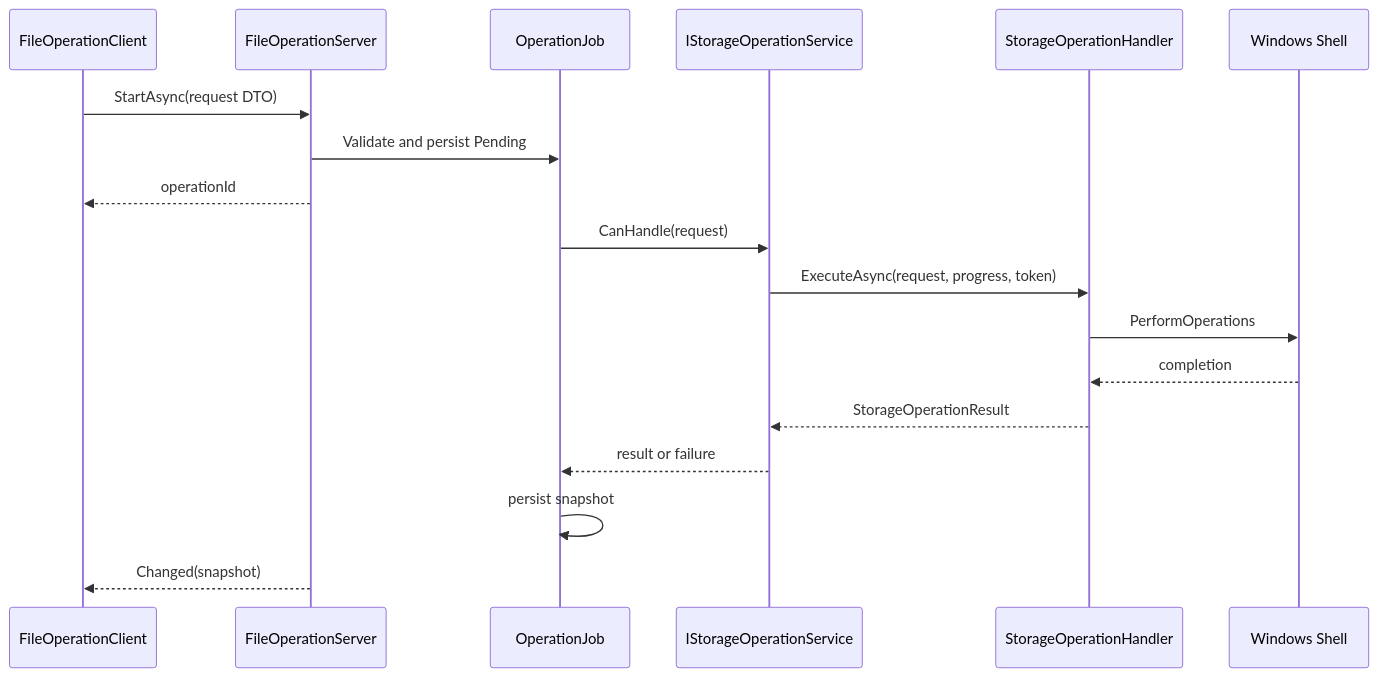
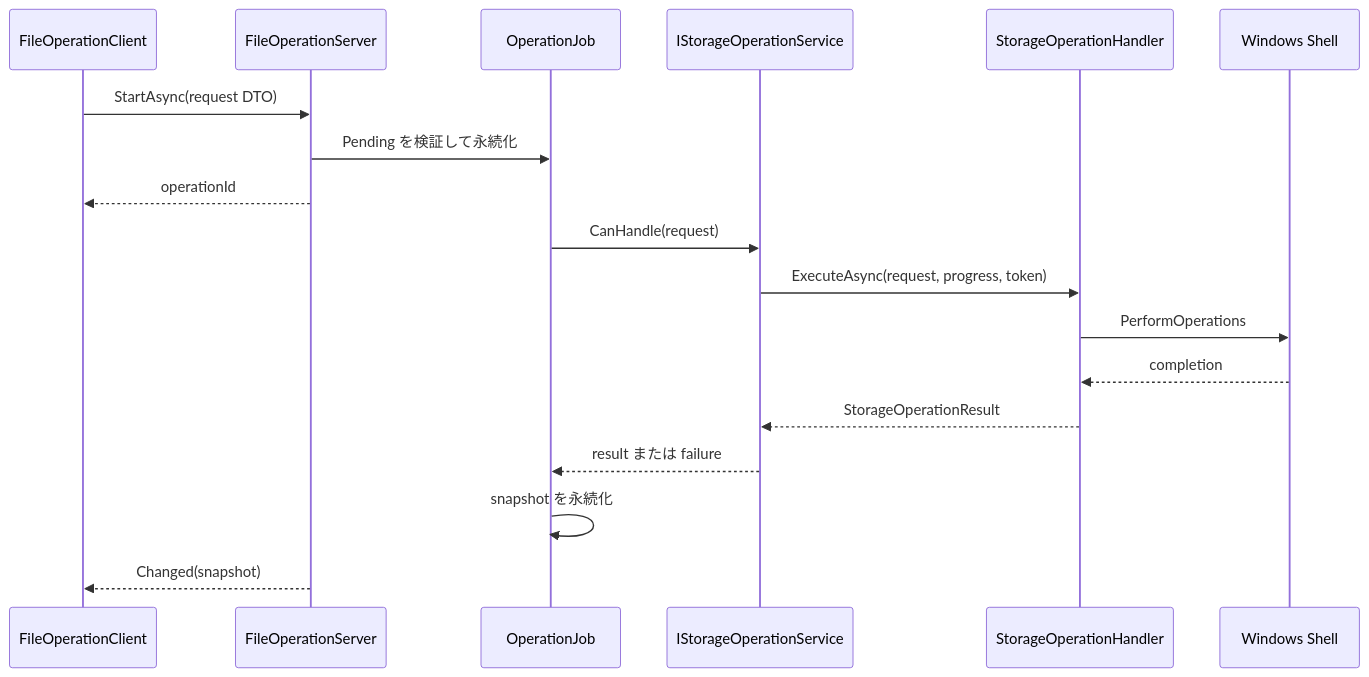
One commit to 0x5bfa/Files changed the second of 3 diagrams in docs/architecture/server-operations.md. Above: the diagram before and after it, drawn with Mermaid. The commit also changed other lines of this file and 18 other files, not shown here.

Commit message:
Translate architecture docs to Japanese

````diff
--- a/docs/architecture/server-operations.md
+++ b/docs/architecture/server-operations.md
@@ -260,21 +221,21 @@
 ```mermaid
 sequenceDiagram
     participant Client as FileOperationClient
     participant Server as FileOperationServer
     participant Job as OperationJob
     participant Core as IStorageOperationService
     participant Handler as StorageOperationHandler
     participant Shell as Windows Shell
 
     Client->>Server: StartAsync(request DTO)
-    Server->>Job: Validate and persist Pending
+    Server->>Job: Pending を検証して永続化
     Server-->>Client: operationId
     Job->>Core: CanHandle(request)
     Core->>Handler: ExecuteAsync(request, progress, token)
     Handler->>Shell: PerformOperations
     Shell-->>Handler: completion
     Handler-->>Core: StorageOperationResult
-    Core-->>Job: result or failure
-    Job->>Job: persist snapshot
+    Core-->>Job: result または failure
+    Job->>Job: snapshot を永続化
     Server-->>Client: Changed(snapshot)
 ```
````
